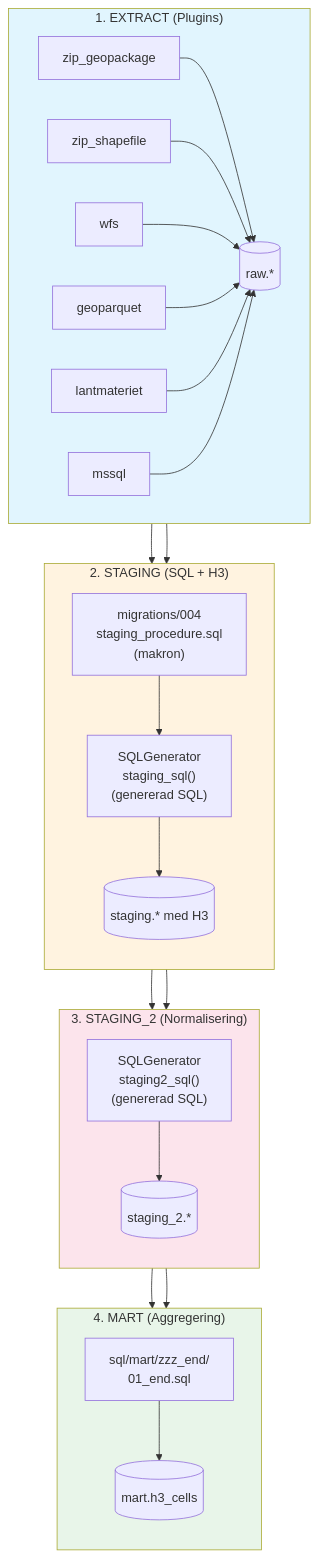
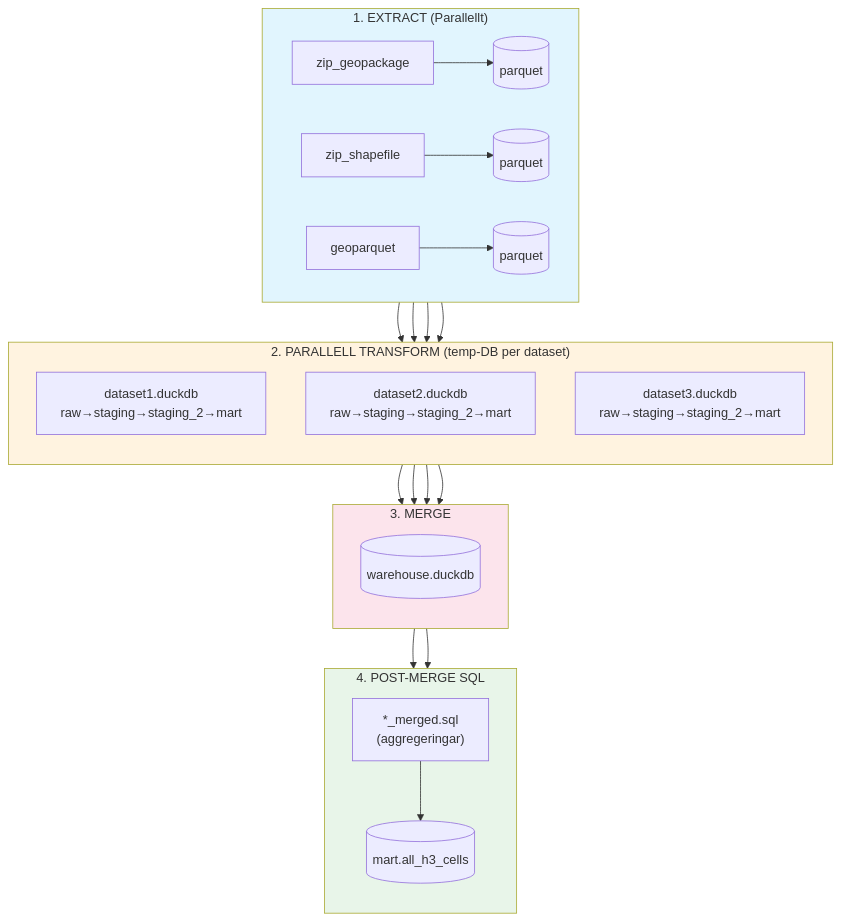
The diagram in README.md (10gbrand/g-etl), drawn with Mermaid before and after one commit. The commit also changed other lines of this file and 86 other files, not shown here.

Commit message:
paralellet även vid migration, egna duckdb per dataset för att inte få fillåsningar

````diff
--- a/README.md
+++ b/README.md
@@ -7,38 +7,36 @@
 ```mermaid
 flowchart TB
-    subgraph Extract["1. EXTRACT (Plugins)"]
+    subgraph Extract["1. EXTRACT (Parallellt)"]
         direction LR
-        A1[zip_geopackage] --> R[(raw.*)]
-        A2[zip_shapefile] --> R
-        A3[wfs] --> R
-        A4[geoparquet] --> R
-        A5[lantmateriet] --> R
-        A6[mssql] --> R
+        A1[zip_geopackage] --> P1[(parquet)]
+        A2[zip_shapefile] --> P2[(parquet)]
+        A3[geoparquet] --> P3[(parquet)]
     end
 
-    subgraph Staging["2. STAGING (SQL + H3)"]
+    subgraph Transform["2. PARALLELL TRANSFORM (temp-DB per dataset)"]
         direction TB
-        R --> S1["migrations/004<br/>staging_procedure.sql<br/>(makron)"]
-        S1 --> S2["SQLGenerator<br/>staging_sql()<br/>(genererad SQL)"]
-        S2 --> ST[(staging.* med H3)]
+        P1 --> T1["dataset1.duckdb<br/>raw→staging→staging_2→mart"]
+        P2 --> T2["dataset2.duckdb<br/>raw→staging→staging_2→mart"]
+        P3 --> T3["dataset3.duckdb<br/>raw→staging→staging_2→mart"]
     end
 
-    subgraph Staging2["3. STAGING_2 (Normalisering)"]
+    subgraph Merge["3. MERGE"]
         direction TB
-        ST --> M2["SQLGenerator<br/>staging2_sql()<br/>(genererad SQL)"]
-        M2 --> ST2[(staging_2.*)]
+        T1 --> W[(warehouse.duckdb)]
+        T2 --> W
+        T3 --> W
     end
 
-    subgraph Mart["4. MART (Aggregering)"]
+    subgraph PostMerge["4. POST-MERGE SQL"]
         direction TB
-        ST2 --> M3["sql/mart/zzz_end/<br/>01_end.sql"]
-        M3 --> MF[(mart.h3_cells)]
+        W --> PM["*_merged.sql<br/>(aggregeringar)"]
+        PM --> WF[(mart.all_h3_cells)]
     end
 
-    Extract --> Staging --> Staging2 --> Mart
+    Extract --> Transform --> Merge --> PostMerge
 
     style Extract fill:#e1f5fe
-    style Staging fill:#fff3e0
-    style Staging2 fill:#fce4ec
-    style Mart fill:#e8f5e9
+    style Transform fill:#fff3e0
+    style Merge fill:#fce4ec
+    style PostMerge fill:#e8f5e9
 ```
````
